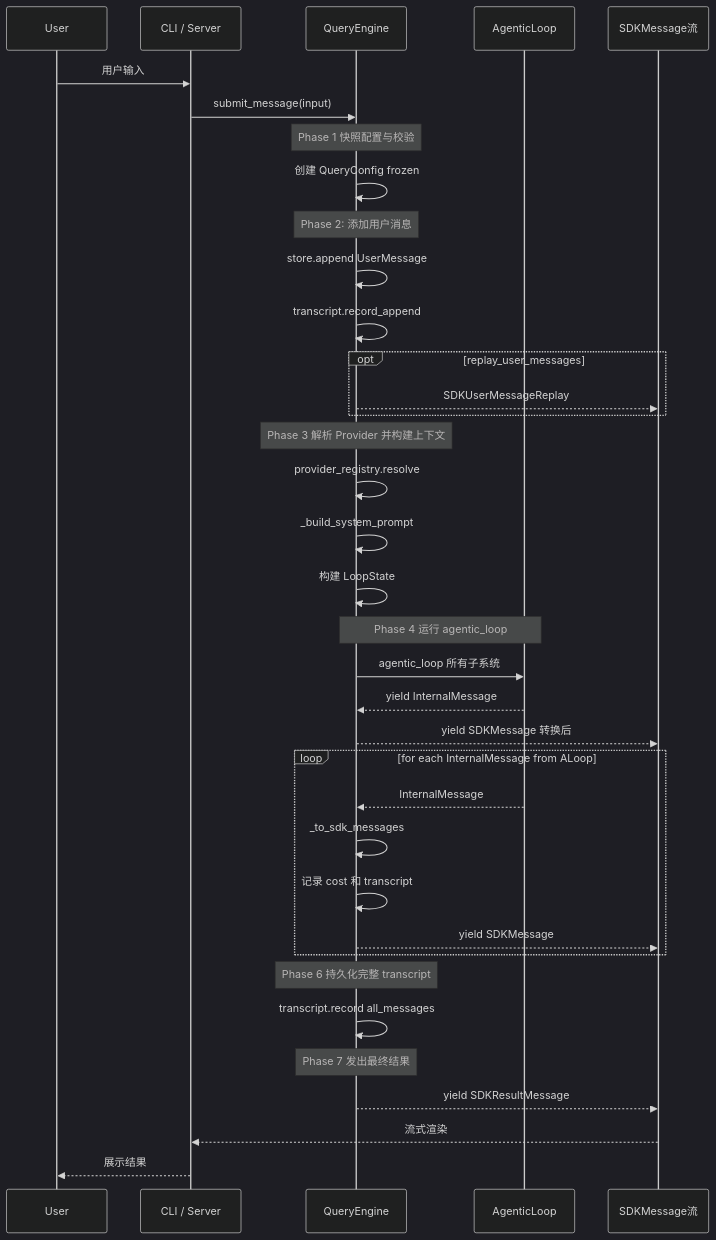
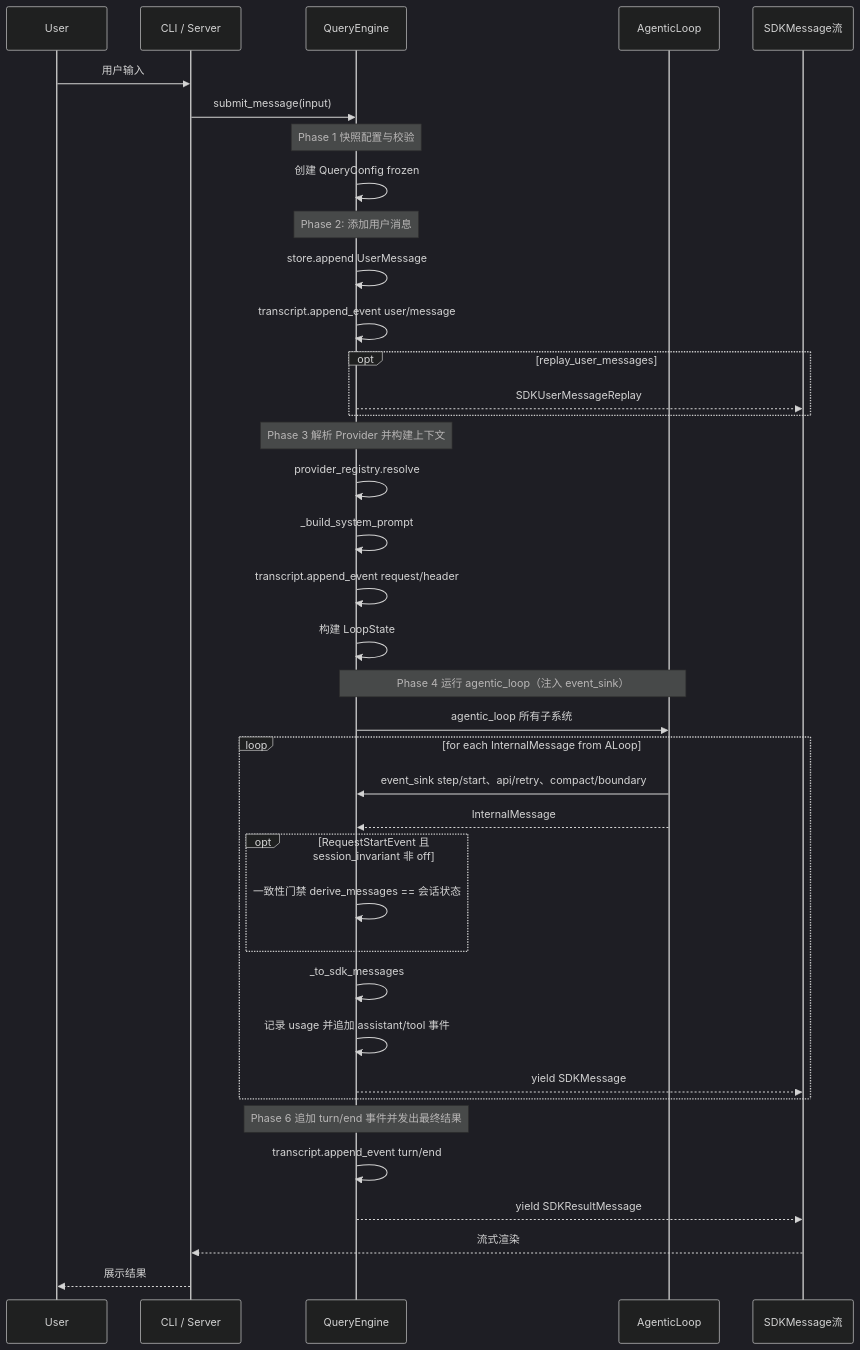
One commit to DawnOf1996/nono-agent changed the second of 6 diagrams in docs/NonoAgent-Architecture.md. Above: the diagram before and after it, drawn with Mermaid (dark theme). The commit also changed other lines of this file and 49 other files, not shown here.

````diff
--- a/docs/NonoAgent-Architecture.md
+++ b/docs/NonoAgent-Architecture.md
@@ -242,46 +242,47 @@
 ```mermaid
 sequenceDiagram
     participant User
     participant Adapter as CLI / Server
     participant QE as QueryEngine
     participant ALoop as AgenticLoop
     participant SDK as SDKMessage流
 
     User->>Adapter: 用户输入
     Adapter->>QE: submit_message(input)
 
     Note over QE: Phase 1 快照配置与校验
     QE->>QE: 创建 QueryConfig frozen
 
     Note over QE: Phase 2: 添加用户消息
     QE->>QE: store.append UserMessage
-    QE->>QE: transcript.record_append
+    QE->>QE: transcript.append_event user/message
     opt replay_user_messages
         QE-->>SDK: SDKUserMessageReplay
     end
 
     Note over QE: Phase 3 解析 Provider 并构建上下文
     QE->>QE: provider_registry.resolve
     QE->>QE: _build_system_prompt
+    QE->>QE: transcript.append_event request/header
     QE->>QE: 构建 LoopState
 
-    Note over QE,ALoop: Phase 4 运行 agentic_loop
+    Note over QE,ALoop: Phase 4 运行 agentic_loop（注入 event_sink）
     QE->>ALoop: agentic_loop 所有子系统
-    ALoop-->>QE: yield InternalMessage
-    QE-->>SDK: yield SDKMessage 转换后
 
     loop for each InternalMessage from ALoop
+        ALoop->>QE: event_sink step/start、api/retry、compact/boundary
         ALoop-->>QE: InternalMessage
+        opt RequestStartEvent 且 session_invariant 非 off
+            QE->>QE: 一致性门禁 derive_messages == 会话状态
+        end
         QE->>QE: _to_sdk_messages
-        QE->>QE: 记录 cost 和 transcript
+        QE->>QE: 记录 usage 并追加 assistant/tool 事件
         QE-->>SDK: yield SDKMessage
     end
 
-    Note over QE: Phase 6 持久化完整 transcript
-    QE->>QE: transcript.record all_messages
-
-    Note over QE: Phase 7 发出最终结果
+    Note over QE: Phase 6 追加 turn/end 事件并发出最终结果
+    QE->>QE: transcript.append_event turn/end
     QE-->>SDK: yield SDKResultMessage
     SDK-->>Adapter: 流式渲染
     Adapter-->>User: 展示结果
 ```
````
